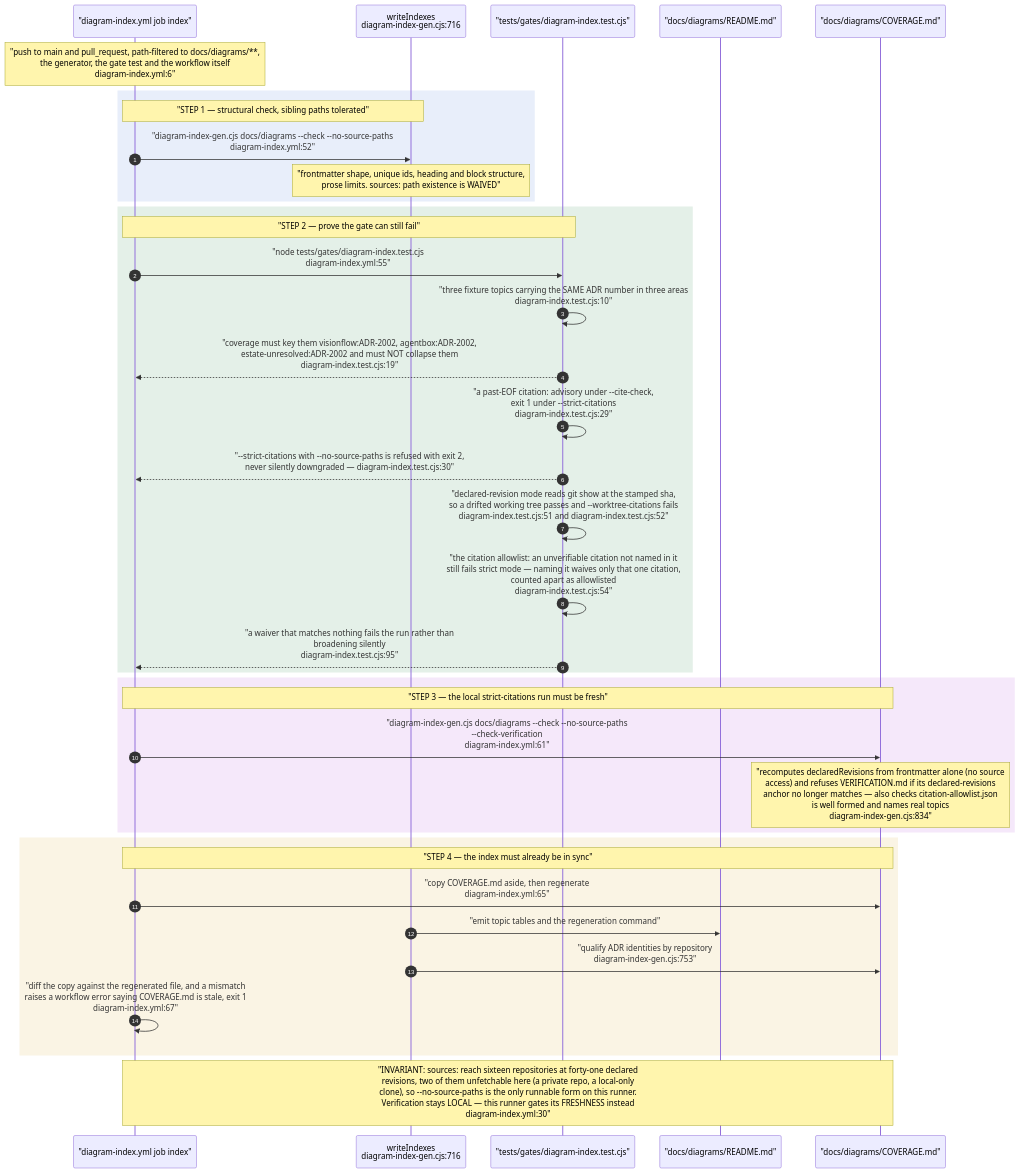
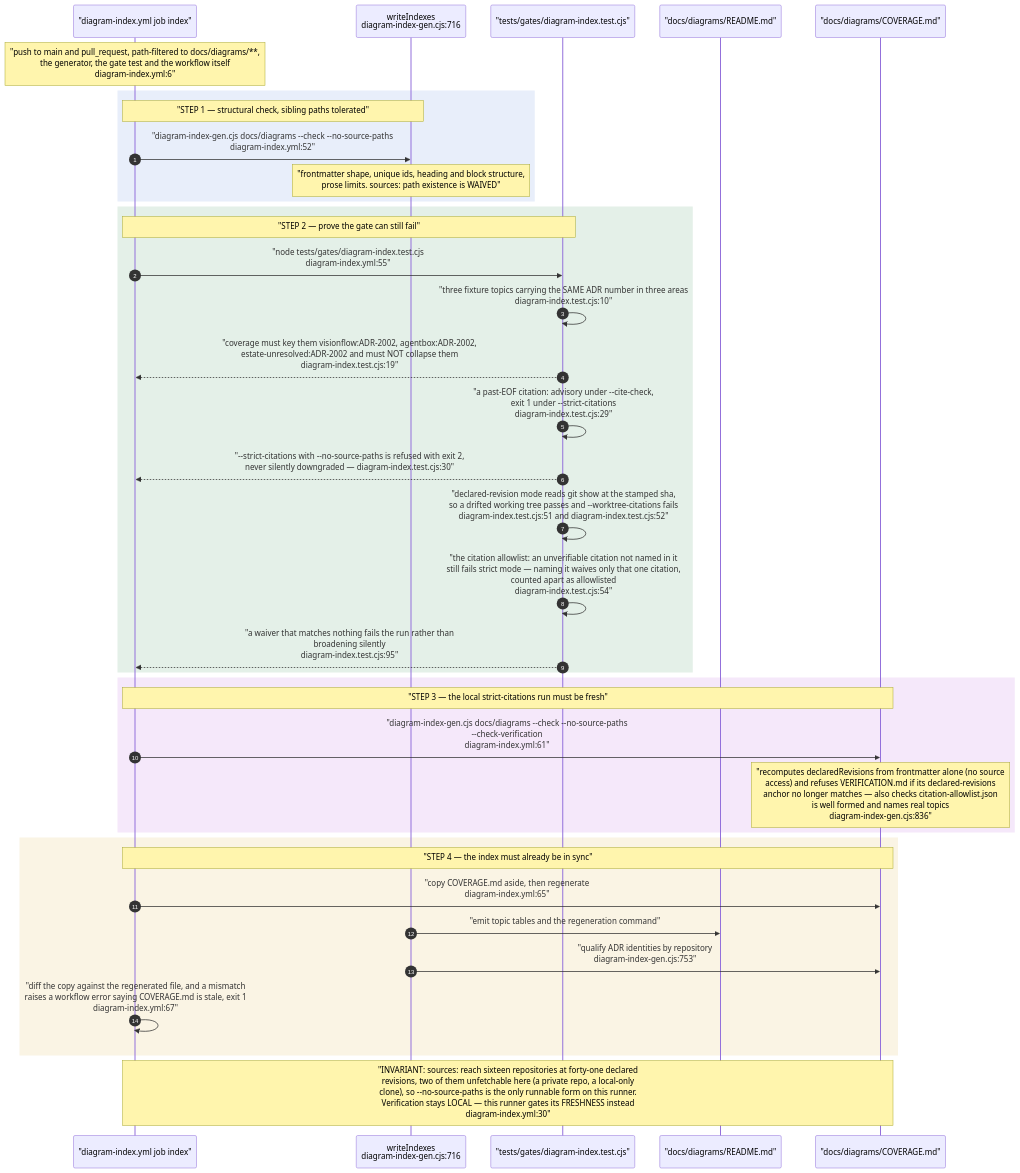
Diagram 12 of 14 in docs/diagrams/visionflow/06-diagram-tooling.md (DreamLab-AI/VisionFlow), drawn with Mermaid before and after one commit. The commit also changed other lines of this file and 17 other files, not shown here.

````diff
--- a/docs/diagrams/visionflow/06-diagram-tooling.md
+++ b/docs/diagrams/visionflow/06-diagram-tooling.md
@@ -376,45 +376,45 @@
 ```mermaid
 sequenceDiagram
     autonumber
     participant CI as "diagram-index.yml job index"
     participant G as writeIndexes<br/>diagram-index-gen.cjs:716
     participant T as "tests/gates/diagram-index.test.cjs"
     participant RM as "docs/diagrams/README.md"
     participant CV as "docs/diagrams/COVERAGE.md"
 
     Note over CI: "push to main and pull_request, path-filtered to docs/diagrams/**,<br/>the generator, the gate test and the workflow itself<br/>diagram-index.yml:6"
 
     rect rgb(232, 238, 250)
     Note over CI,G: "STEP 1 — structural check, sibling paths tolerated"
     CI->>G: "diagram-index-gen.cjs docs/diagrams --check --no-source-paths<br/>diagram-index.yml:52"
     Note over G: "frontmatter shape, unique ids, heading and block structure,<br/>prose limits. sources: path existence is WAIVED"
     end
 
     rect rgb(228, 240, 232)
     Note over CI,T: "STEP 2 — prove the gate can still fail"
     CI->>T: "node tests/gates/diagram-index.test.cjs<br/>diagram-index.yml:55"
     T->>T: "three fixture topics carrying the SAME ADR number in three areas<br/>diagram-index.test.cjs:10"
     T-->>CI: "coverage must key them visionflow:ADR-2002, agentbox:ADR-2002,<br/>estate-unresolved:ADR-2002 and must NOT collapse them<br/>diagram-index.test.cjs:19"
     T->>T: "a past-EOF citation: advisory under --cite-check,<br/>exit 1 under --strict-citations<br/>diagram-index.test.cjs:29"
     T-->>CI: "--strict-citations with --no-source-paths is refused with exit 2,<br/>never silently downgraded — diagram-index.test.cjs:30"
     T->>T: "declared-revision mode reads git show at the stamped sha,<br/>so a drifted working tree passes and --worktree-citations fails<br/>diagram-index.test.cjs:51 and diagram-index.test.cjs:52"
     T->>T: "the citation allowlist: an unverifiable citation not named in it<br/>still fails strict mode — naming it waives only that one citation,<br/>counted apart as allowlisted<br/>diagram-index.test.cjs:54"
     T-->>CI: "a waiver that matches nothing fails the run rather than<br/>broadening silently<br/>diagram-index.test.cjs:95"
     end
 
     rect rgb(245, 232, 250)
     Note over CI,CV: "STEP 3 — the local strict-citations run must be fresh"
     CI->>CV: "diagram-index-gen.cjs docs/diagrams --check --no-source-paths<br/>--check-verification<br/>diagram-index.yml:61"
-    Note over CV: "recomputes declaredRevisions from frontmatter alone (no source<br/>access) and refuses VERIFICATION.md if its declared-revisions<br/>anchor no longer matches — also checks citation-allowlist.json<br/>is well formed and names real topics<br/>diagram-index-gen.cjs:834"
+    Note over CV: "recomputes declaredRevisions from frontmatter alone (no source<br/>access) and refuses VERIFICATION.md if its declared-revisions<br/>anchor no longer matches — also checks citation-allowlist.json<br/>is well formed and names real topics<br/>diagram-index-gen.cjs:836"
     end
 
     rect rgb(250, 244, 228)
     Note over CI,CV: "STEP 4 — the index must already be in sync"
     CI->>CV: "copy COVERAGE.md aside, then regenerate<br/>diagram-index.yml:65"
     G->>RM: "emit topic tables and the regeneration command"
     G->>CV: "qualify ADR identities by repository<br/>diagram-index-gen.cjs:753"
     CI->>CI: "diff the copy against the regenerated file, and a mismatch<br/>raises a workflow error saying COVERAGE.md is stale, exit 1<br/>diagram-index.yml:67"
     end
 
     Note over CI,CV: "INVARIANT: sources: reach sixteen repositories at forty-one declared<br/>revisions, two of them unfetchable here (a private repo, a local-only<br/>clone), so --no-source-paths is the only runnable form on this runner.<br/>Verification stays LOCAL — this runner gates its FRESHNESS instead<br/>diagram-index.yml:30"
 ```
````
